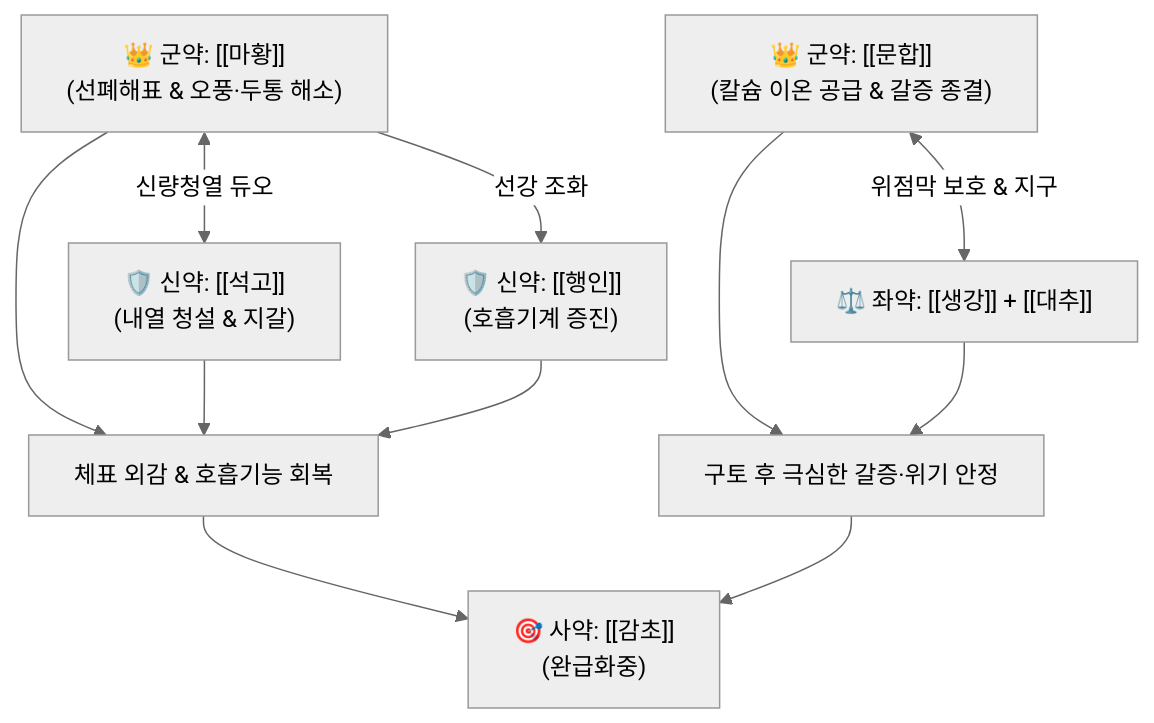
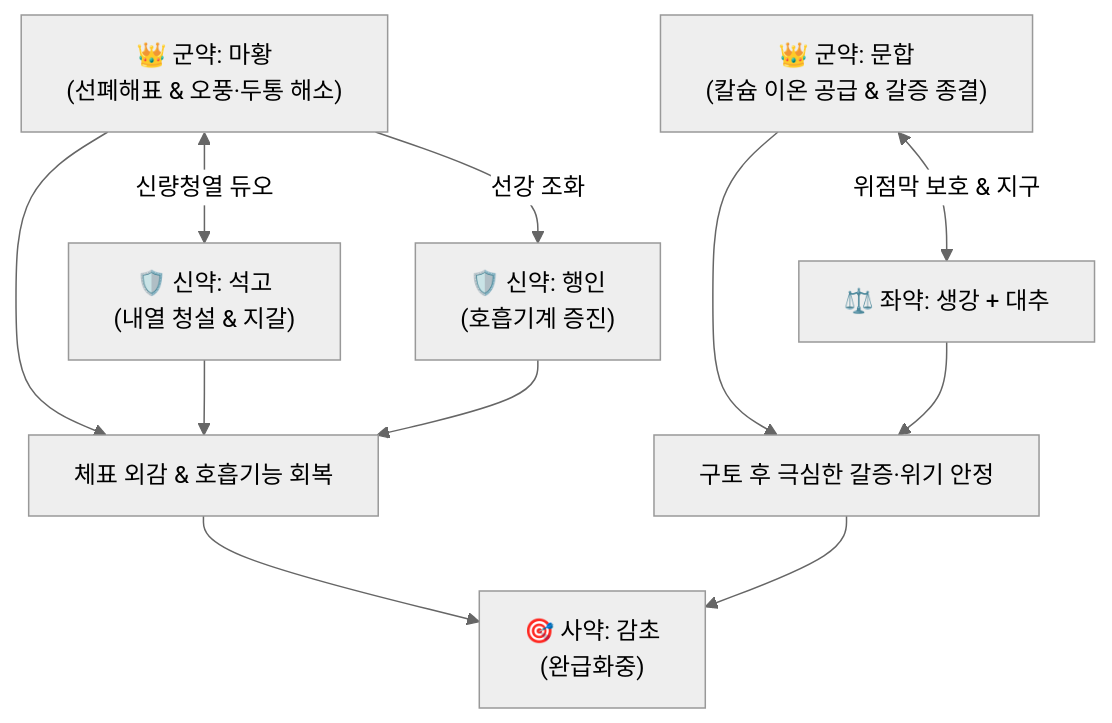
The diagram in content/2. 약리 공부/처방/03_화담·거습·이수제/문합탕.md (simbio11/simbio-digital-garden2), drawn with Mermaid (neutral theme) before and after one commit. The commit also changed other lines of this file and 323 other files, not shown here.

````diff
--- a/content/2. 약리 공부/처방/03_화담·거습·이수제/문합탕.md
+++ b/content/2. 약리 공부/처방/03_화담·거습·이수제/문합탕.md
@@ -47,9 +48,9 @@
 ```mermaid
 graph TD
-    MH["👑 군약: [[마황]]<br>(선폐해표 & 오풍·두통 해소)"] <-->|신량청열 듀오| SG["🛡️ 신약: [[석고]]<br>(내열 청설 & 지갈)"]
-    MH -->|선강 조화| HI["🛡️ 신약: [[행인]]<br>(호흡기계 증진)"]
+    MH["👑 군약: 마황<br>(선폐해표 & 오풍·두통 해소)"] <-->|신량청열 듀오| SG["🛡️ 신약: 석고<br>(내열 청설 & 지갈)"]
+    MH -->|선강 조화| HI["🛡️ 신약: 행인<br>(호흡기계 증진)"]
     MH & SG & HI --> X["체표 외감 & 호흡기능 회복"]
-    WH["👑 군약: [[문합]]<br>(칼슘 이온 공급 & 갈증 종결)"] <-->|위점막 보호 & 지구| SJ["⚖️ 좌약: [[생강]] + [[대추]]"]
+    WH["👑 군약: 문합<br>(칼슘 이온 공급 & 갈증 종결)"] <-->|위점막 보호 & 지구| SJ["⚖️ 좌약: 생강 + 대추"]
     WH & SJ --> Y["구토 후 극심한 갈증·위기 안정"]
-    X & Y --> GC["🎯 사약: [[감초]]<br>(완급화중)"]
+    X & Y --> GC["🎯 사약: 감초<br>(완급화중)"]
 ```
````
